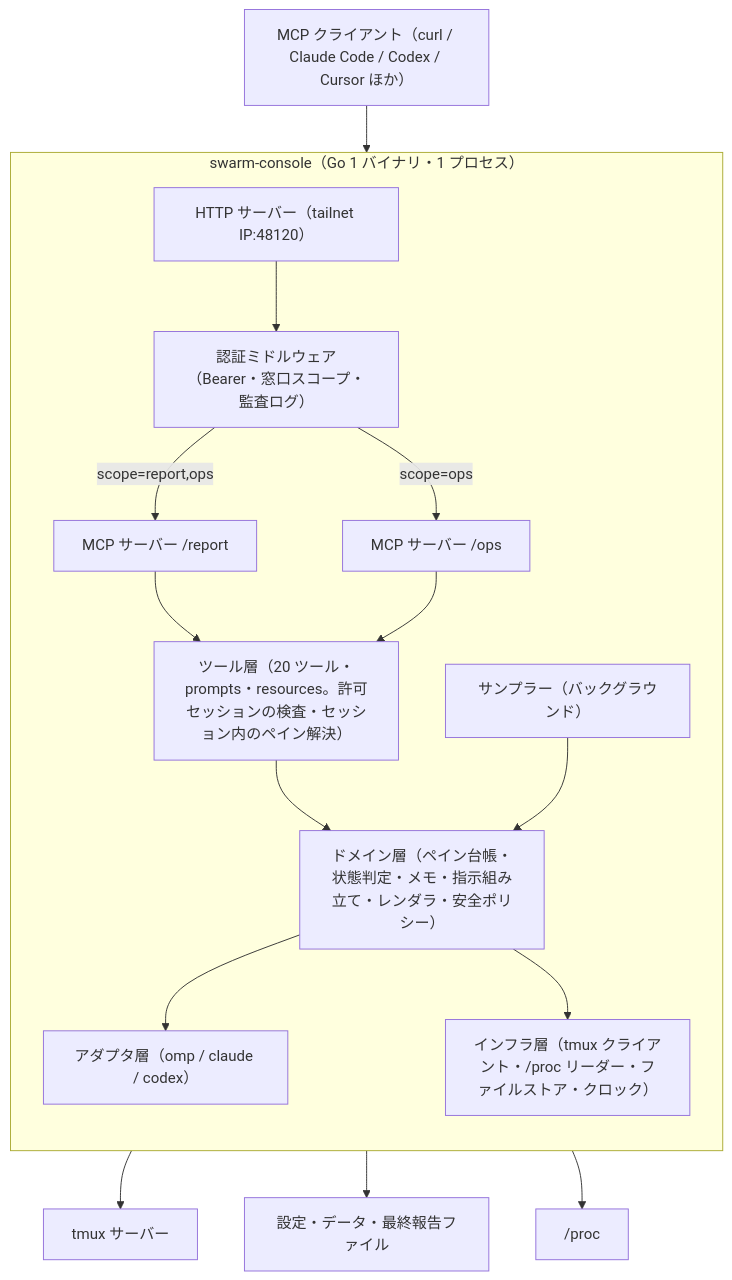
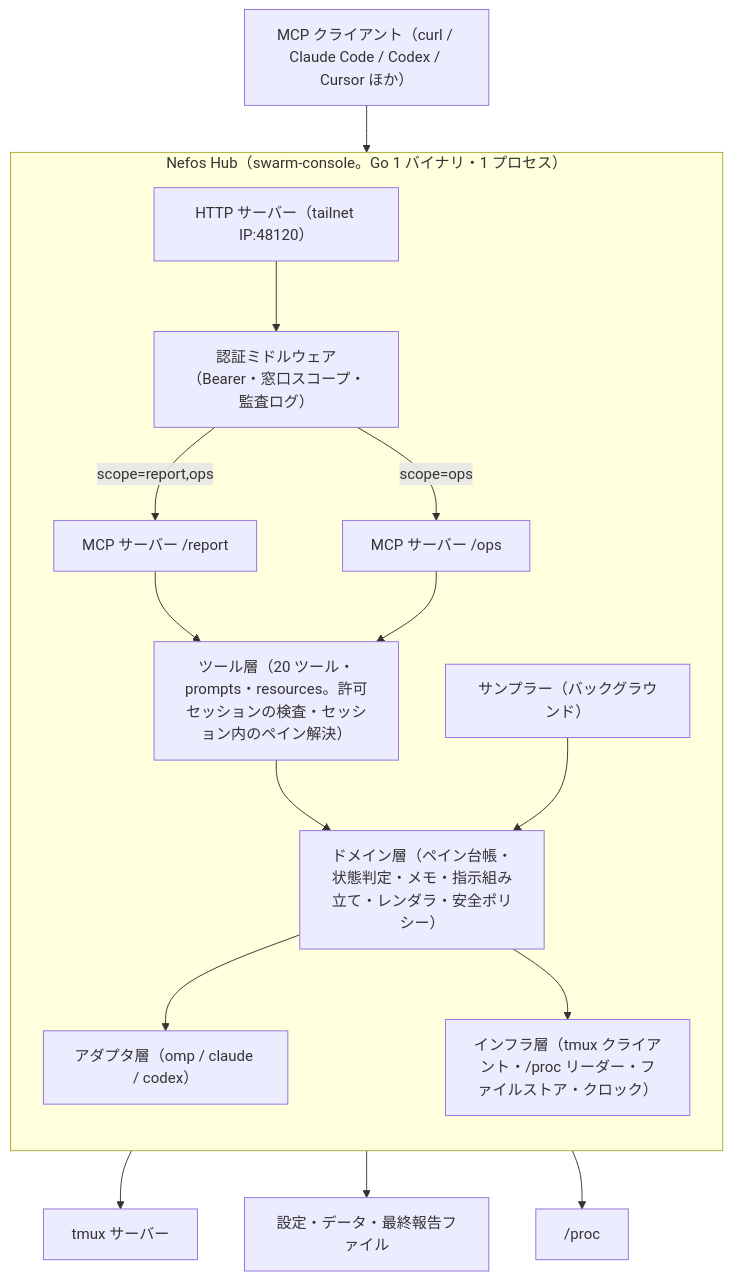
Before and after one commit to ousiassllc/swarm-console: the first of 6 diagrams in docs/architecture/overview.md, drawn with Mermaid. The commit also changed other lines of this file and 35 other files, not shown here.

First line of the commit message:
docs: 表示名を「Nefos Hub」に変更（Kozue → Nefos）

````diff
--- a/docs/architecture/overview.md
+++ b/docs/architecture/overview.md
@@ -13,34 +13,34 @@
 ```mermaid
 graph TD
     C1["MCP クライアント（curl / Claude Code / Codex / Cursor ほか）"]
 
-    subgraph Proc["swarm-console（Go 1 バイナリ・1 プロセス）"]
+    subgraph Proc["Nefos Hub（swarm-console。Go 1 バイナリ・1 プロセス）"]
         direction TB
         HTTP["HTTP サーバー（tailnet IP:48120）"]
         AUTH["認証ミドルウェア（Bearer・窓口スコープ・監査ログ）"]
         MCPR["MCP サーバー /report"]
         MCPO["MCP サーバー /ops"]
         TOOLS["ツール層（20 ツール・prompts・resources。許可セッションの検査・セッション内のペイン解決）"]
         DOM["ドメイン層（ペイン台帳・状態判定・メモ・指示組み立て・レンダラ・安全ポリシー）"]
         AD["アダプタ層（omp / claude / codex）"]
         INF["インフラ層（tmux クライアント・/proc リーダー・ファイルストア・クロック）"]
         SAMP["サンプラー（バックグラウンド）"]
     end
 
     TM["tmux サーバー"]
     FS["設定・データ・最終報告ファイル"]
     PROC["/proc"]
 
     C1 --> HTTP --> AUTH
     AUTH -->|scope=report,ops| MCPR
     AUTH -->|scope=ops| MCPO
     MCPR --> TOOLS
     MCPO --> TOOLS
     TOOLS --> DOM
     DOM --> AD
     DOM --> INF
     SAMP --> DOM
     INF --> TM
     INF --> FS
     INF --> PROC
 ```
````
